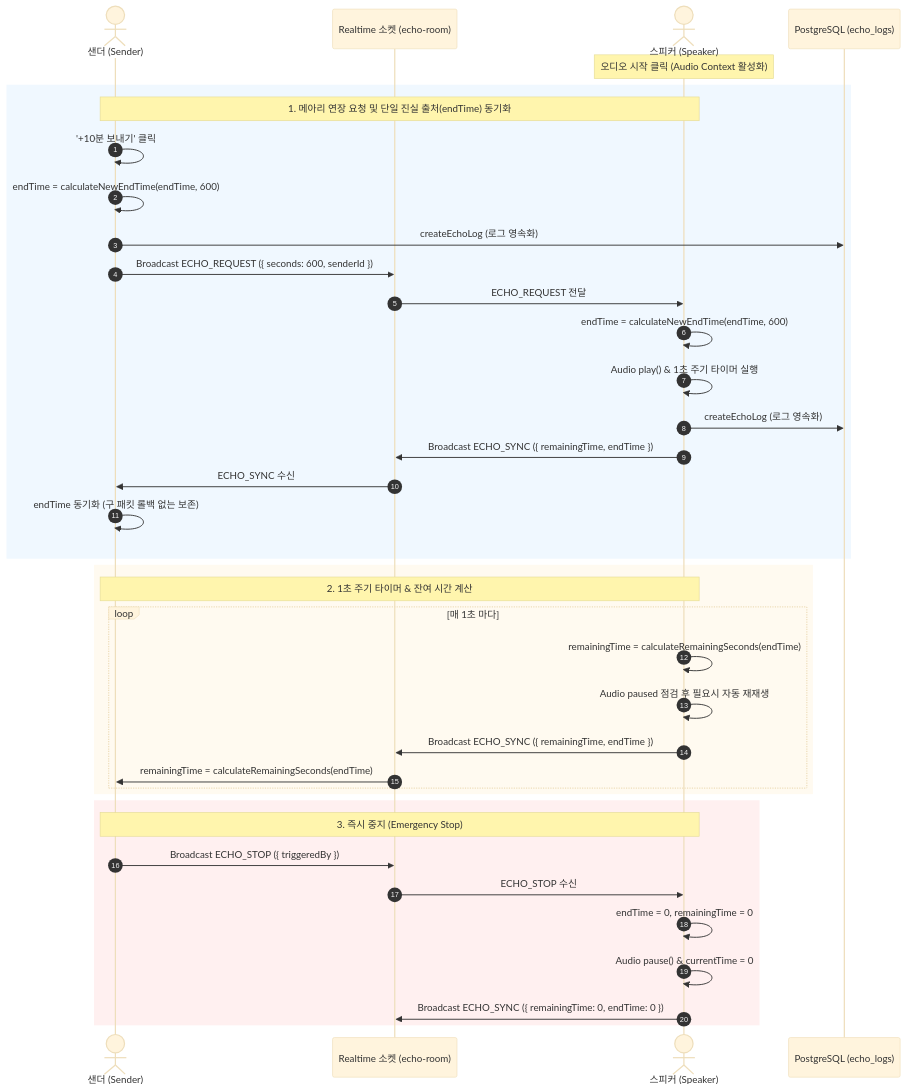
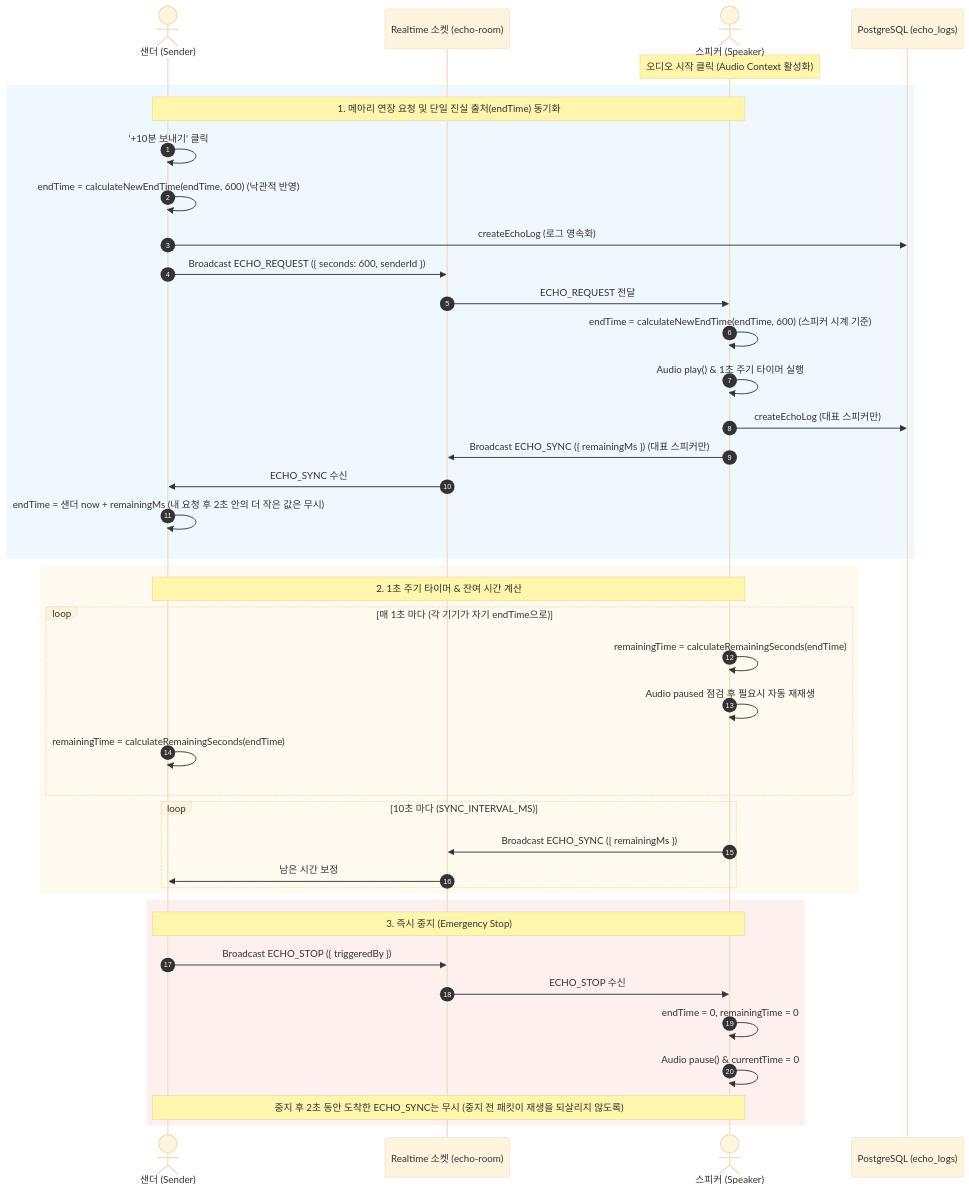
Before and after one commit to devyyj/joyopi: the second of 2 diagrams in docs/02_메아리.md, drawn with Mermaid (base theme). The commit also changed other lines of this file and 16 other files, not shown here.

First line of the commit message:
fix(echo): 메아리 동기화·로그·연결 보완

````diff
--- a/docs/02_메아리.md
+++ b/docs/02_메아리.md
@@ -88,44 +102,47 @@
 ```mermaid
 sequenceDiagram
     autonumber
     actor Sender as 샌더 (Sender)
     participant Socket as Realtime 소켓 (echo-room)
     actor Speaker as 스피커 (Speaker)
     participant DB as PostgreSQL (echo_logs)
 
     Note over Speaker: 오디오 시작 클릭 (Audio Context 활성화)
 
     rect rgb(240, 248, 255)
     Note over Sender, Speaker: 1. 메아리 연장 요청 및 단일 진실 출처(endTime) 동기화
     Sender->>Sender: '+10분 보내기' 클릭
-    Sender->>Sender: endTime = calculateNewEndTime(endTime, 600)
+    Sender->>Sender: endTime = calculateNewEndTime(endTime, 600) (낙관적 반영)
     Sender->>DB: createEchoLog (로그 영속화)
     Sender->>Socket: Broadcast ECHO_REQUEST ({ seconds: 600, senderId })
     Socket->>Speaker: ECHO_REQUEST 전달
-    Speaker->>Speaker: endTime = calculateNewEndTime(endTime, 600)
+    Speaker->>Speaker: endTime = calculateNewEndTime(endTime, 600) (스피커 시계 기준)
     Speaker->>Speaker: Audio play() & 1초 주기 타이머 실행
-    Speaker->>DB: createEchoLog (로그 영속화)
-    Speaker->>Socket: Broadcast ECHO_SYNC ({ remainingTime, endTime })
+    Speaker->>DB: createEchoLog (대표 스피커만)
+    Speaker->>Socket: Broadcast ECHO_SYNC ({ remainingMs }) (대표 스피커만)
     Socket->>Sender: ECHO_SYNC 수신
-    Sender->>Sender: endTime 동기화 (구 패킷 롤백 없는 보존)
+    Sender->>Sender: endTime = 샌더 now + remainingMs (내 요청 후 2초 안의 더 작은 값은 무시)
     end
 
     rect rgb(255, 250, 240)
     Note over Speaker, Sender: 2. 1초 주기 타이머 & 잔여 시간 계산
-    loop 매 1초 마다
+    loop 매 1초 마다 (각 기기가 자기 endTime으로)
         Speaker->>Speaker: remainingTime = calculateRemainingSeconds(endTime)
         Speaker->>Speaker: Audio paused 점검 후 필요시 자동 재재생
-        Speaker->>Socket: Broadcast ECHO_SYNC ({ remainingTime, endTime })
-        Socket->>Sender: remainingTime = calculateRemainingSeconds(endTime)
+        Sender->>Sender: remainingTime = calculateRemainingSeconds(endTime)
+    end
+    loop 10초 마다 (SYNC_INTERVAL_MS)
+        Speaker->>Socket: Broadcast ECHO_SYNC ({ remainingMs })
+        Socket->>Sender: 남은 시간 보정
     end
     end
 
     rect rgb(255, 240, 240)
     Note over Sender, Speaker: 3. 즉시 중지 (Emergency Stop)
     Sender->>Socket: Broadcast ECHO_STOP ({ triggeredBy })
     Socket->>Speaker: ECHO_STOP 수신
     Speaker->>Speaker: endTime = 0, remainingTime = 0
     Speaker->>Speaker: Audio pause() & currentTime = 0
-    Speaker->>Socket: Broadcast ECHO_SYNC ({ remainingTime: 0, endTime: 0 })
+    Note over Sender, Speaker: 중지 후 2초 동안 도착한 ECHO_SYNC는 무시 (중지 전 패킷이 재생을 되살리지 않도록)
     end
 ```
````
